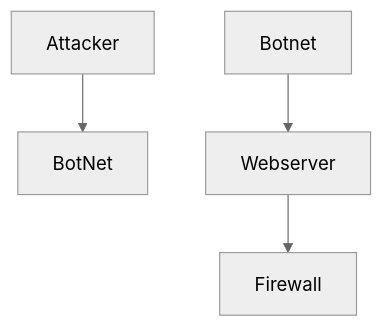
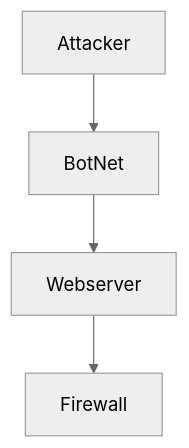
The diagram in DDoS_Attack_Sequence.md (G-Marotta/Flowchart), drawn with Mermaid (neutral theme) before and after one commit.

````diff
--- a/DDoS_Attack_Sequence.md
+++ b/DDoS_Attack_Sequence.md
@@ -2,6 +2,6 @@
 ```mermaid
   graph TD;
       Attacker-->BotNet;
-      Botnet-->Webserver;
+      BotNet-->Webserver;
       Webserver-->Firewall;
 ```
````
